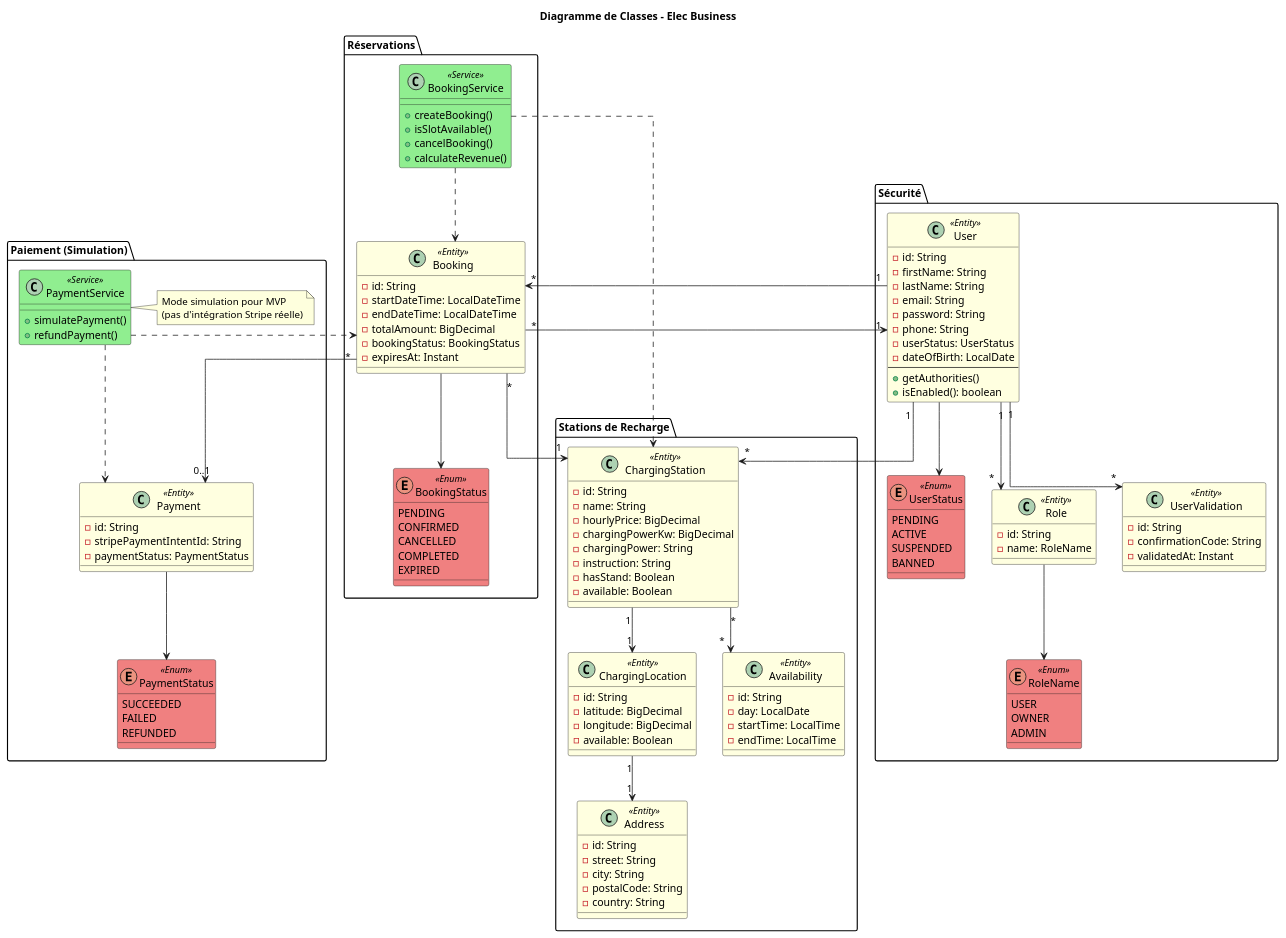
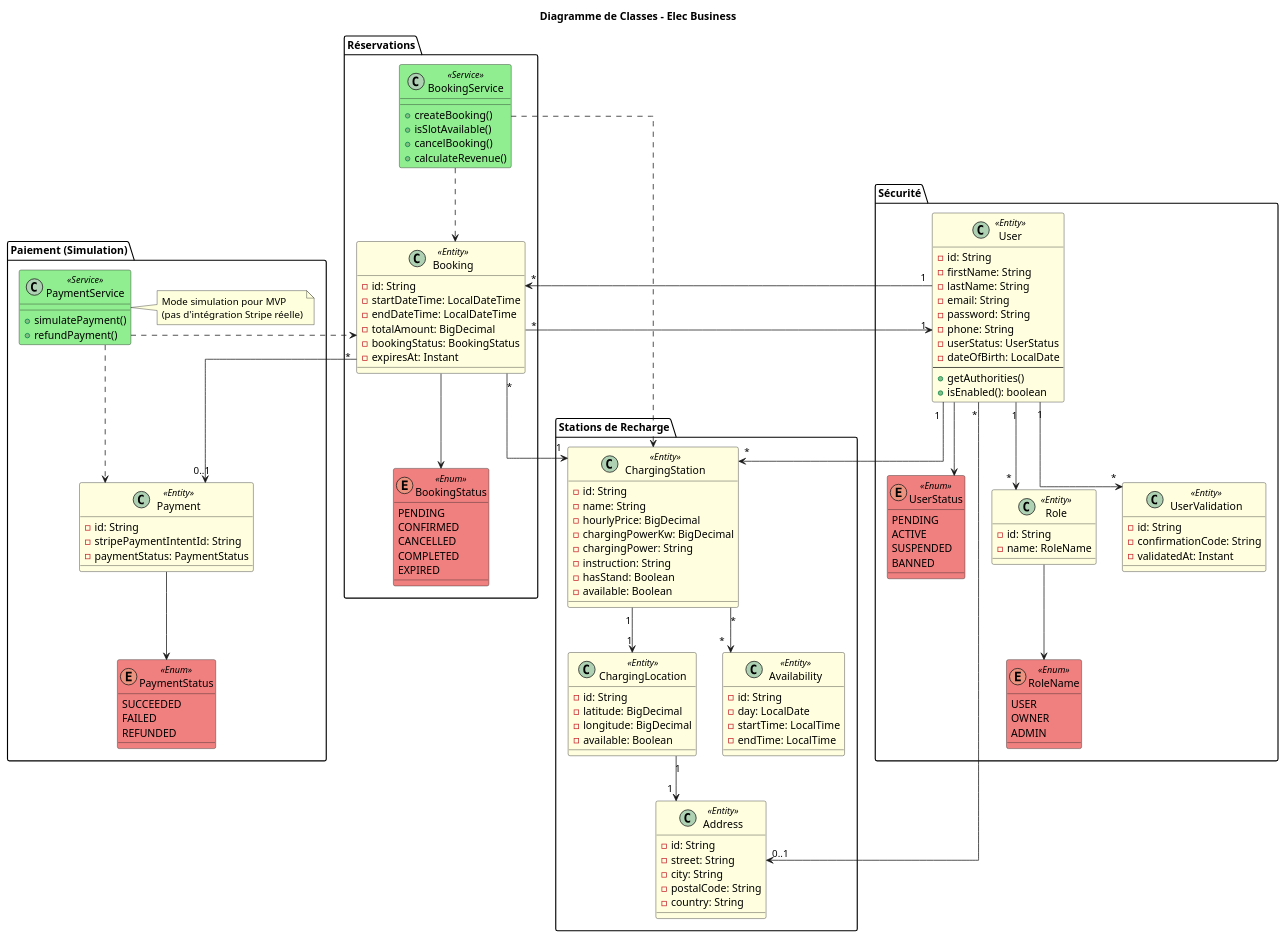
Before and after one commit to Malak-louki/elec_business: the diagram in diagrams/class_diagram.puml, drawn with PlantUML. The commit also changed 3 other files, not shown here.

Commit message:
fix class diagram -> added : relation between user and address, addes charginpowerKin charching station and fix deployment diagram added vercel, render, postgreSQL

```diff
--- a/diagrams/class_diagram.puml
+++ b/diagrams/class_diagram.puml
@@ -1,176 +1,177 @@
 @startuml class_diagram
 
 title Diagramme de Classes - Elec Business
 
 skinparam linetype ortho
 skinparam class {
     BackgroundColor<<Entity>> LightYellow
     BackgroundColor<<Service>> LightGreen
     BackgroundColor<<Enum>> LightCoral
 }
 
 ' ==============================================
 ' SÉCURITÉ
 ' ==============================================
 package "Sécurité" {
     class User <<Entity>> {
         - id: String
         - firstName: String
         - lastName: String
         - email: String
         - password: String
         - phone: String
         - userStatus: UserStatus
         - dateOfBirth: LocalDate
         --
         + getAuthorities()
         + isEnabled(): boolean
     }
     
     enum UserStatus <<Enum>> {
         PENDING
         ACTIVE
         SUSPENDED
         BANNED
     }
     
     class Role <<Entity>> {
         - id: String
         - name: RoleName
     }
     
     enum RoleName <<Enum>> {
         USER
         OWNER
         ADMIN
     }
     
     class UserValidation <<Entity>> {
         - id: String
         - confirmationCode: String
         - validatedAt: Instant
     }
 }
 
 ' ==============================================
 ' STATIONS
 ' ==============================================
 package "Stations de Recharge" {
     class ChargingStation <<Entity>> {
-        - id: String
-        - name: String
-        - hourlyPrice: BigDecimal
-        - chargingPowerKw: BigDecimal
-        - chargingPower: String
-        - instruction: String
-        - hasStand: Boolean
-        - available: Boolean
+            - id: String
+            - name: String
+            - hourlyPrice: BigDecimal
+            - chargingPowerKw: BigDecimal
+            - chargingPower: String
+            - instruction: String
+            - hasStand: Boolean
+            - available: Boolean
     }
     
     class ChargingLocation <<Entity>> {
         - id: String
         - latitude: BigDecimal
         - longitude: BigDecimal
         - available: Boolean
     }
     
     class Address <<Entity>> {
         - id: String
         - street: String
         - city: String
         - postalCode: String
         - country: String
     }
     
     class Availability <<Entity>> {
         - id: String
         - day: LocalDate
         - startTime: LocalTime
         - endTime: LocalTime
     }
 }
 
 ' ==============================================
 ' RÉSERVATIONS
 ' ==============================================
 package "Réservations" {
     class Booking <<Entity>> {
         - id: String
         - startDateTime: LocalDateTime
         - endDateTime: LocalDateTime
         - totalAmount: BigDecimal
         - bookingStatus: BookingStatus
         - expiresAt: Instant
     }
     
     enum BookingStatus <<Enum>> {
         PENDING
         CONFIRMED
         CANCELLED
         COMPLETED
         EXPIRED
     }
     
     class BookingService <<Service>> {
         + createBooking()
         + isSlotAvailable()
         + cancelBooking()
         + calculateRevenue()
     }
 }
 
 ' ==============================================
 ' PAIEMENT
 ' ==============================================
 package "Paiement (Simulation)" {
     class Payment <<Entity>> {
         - id: String
         - stripePaymentIntentId: String
         - paymentStatus: PaymentStatus
     }
     
     enum PaymentStatus <<Enum>> {
         SUCCEEDED
         FAILED
         REFUNDED
     }
     
     class PaymentService <<Service>> {
         + simulatePayment()
         + refundPayment()
     }
     
     note right of PaymentService
       Mode simulation pour MVP
       (pas d'intégration Stripe réelle)
     end note
 }
 
 ' ==============================================
 ' RELATIONS
 ' ==============================================
 User "1" --> "*" Role
 User "1" --> "*" ChargingStation
 User "1" --> "*" Booking
 User "1" --> "*" UserValidation
+User "*" --> "0..1" Address
 
 ChargingStation "1" --> "1" ChargingLocation
 ChargingStation "*" --> "*" Availability
 ChargingLocation "1" --> "1" Address
 
 Booking "*" --> "1" ChargingStation
 Booking "*" --> "1" User
 Booking "*" --> "0..1" Payment
 
 User --> UserStatus
 Role --> RoleName
 Booking --> BookingStatus
 Payment --> PaymentStatus
 
 BookingService ..> Booking
 BookingService ..> ChargingStation
 
 PaymentService ..> Payment
 PaymentService ..> Booking
 
 @enduml
```
